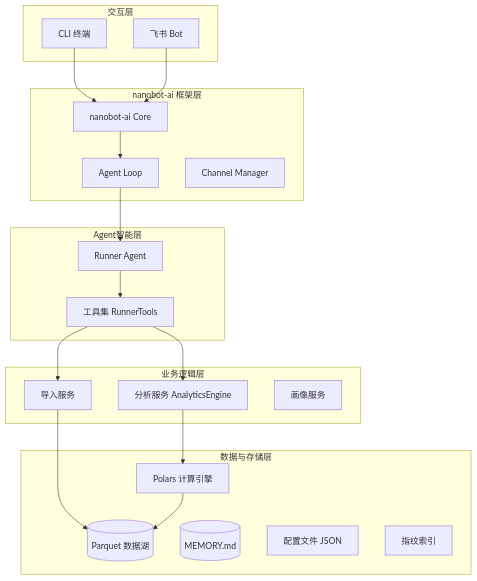
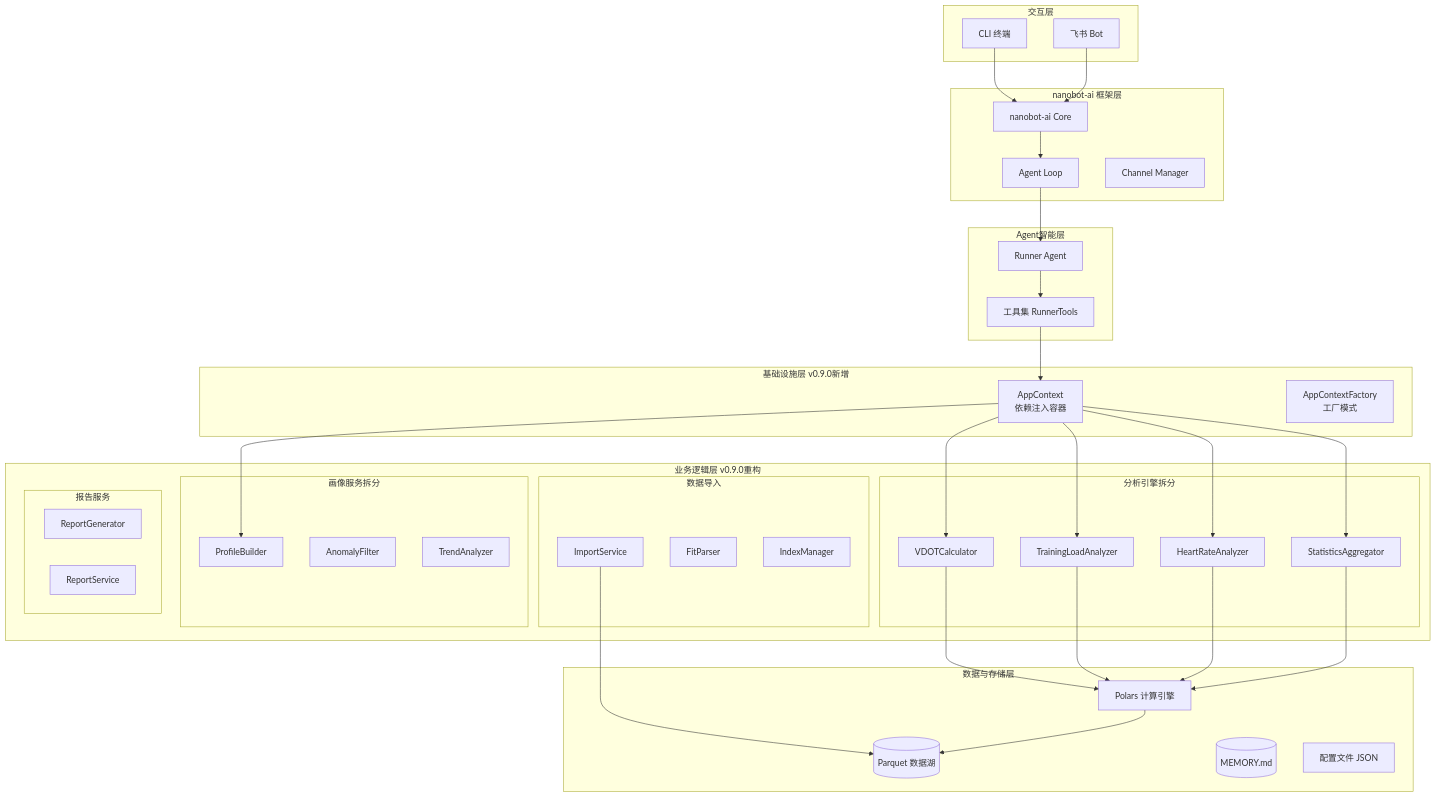
One commit to yecllsl/nanobot-runner changed the first of 5 diagrams in docs/architecture/架构设计说明书.md. Above: the diagram before and after it, drawn with Mermaid. The commit also changed other lines of this file and 64 other files, not shown here.

````diff
--- a/docs/architecture/架构设计说明书.md
+++ b/docs/architecture/架构设计说明书.md
@@ -20,43 +28,74 @@
 ```mermaid
 graph TB
     subgraph "交互层"
         CLI[CLI 终端]
         Feishu[飞书 Bot]
     end
     
     subgraph "nanobot-ai 框架层"
         Core[nanobot-ai Core]
         AgentLoop[Agent Loop]
         Channels[Channel Manager]
     end
     
     subgraph "Agent智能层"
         Agent[Runner Agent]
         Tools[工具集 RunnerTools]
     end
     
-    subgraph "业务逻辑层"
-        ImportSvc[导入服务]
-        AnalysisSvc[分析服务 AnalyticsEngine]
-        ProfileSvc[画像服务]
+    subgraph "业务逻辑层 v0.9.0重构"
+        subgraph "数据导入"
+            ImportSvc[ImportService]
+            FitParser[FitParser]
+            Index[IndexManager]
+        end
+        
+        subgraph "分析引擎拆分"
+            VDOTCalc[VDOTCalculator]
+            TrainLoad[TrainingLoadAnalyzer]
+            HRAnalyzer[HeartRateAnalyzer]
+            StatsAgg[StatisticsAggregator]
+        end
+        
+        subgraph "画像服务拆分"
+            ProfileBuilder[ProfileBuilder]
+            AnomalyFilter[AnomalyFilter]
+            TrendAnalyzer[TrendAnalyzer]
+        end
+        
+        subgraph "报告服务"
+            ReportGen[ReportGenerator]
+            ReportSvc[ReportService]
+        end
+    end
+    
+    subgraph "基础设施层 v0.9.0新增"
+        AppContext[AppContext<br/>依赖注入容器]
+        AppFactory[AppContextFactory<br/>工厂模式]
     end
     
     subgraph "数据与存储层"
         ParquetStore[(Parquet 数据湖)]
         PolarsEngine[Polars 计算引擎]
         MemoryMD[(MEMORY.md)]
         Config[配置文件 JSON]
-        Index[指纹索引]
     end
     
     CLI --> Core
     Feishu --> Core
     Core --> AgentLoop
     AgentLoop --> Agent
     Agent --> Tools
-    Tools --> ImportSvc
-    Tools --> AnalysisSvc
+    Tools --> AppContext
+    AppContext --> VDOTCalc
+    AppContext --> TrainLoad
+    AppContext --> HRAnalyzer
+    AppContext --> StatsAgg
+    AppContext --> ProfileBuilder
     ImportSvc --> ParquetStore
-    AnalysisSvc --> PolarsEngine
+    VDOTCalc --> PolarsEngine
+    TrainLoad --> PolarsEngine
+    HRAnalyzer --> PolarsEngine
+    StatsAgg --> PolarsEngine
     PolarsEngine --> ParquetStore
 ```
````
